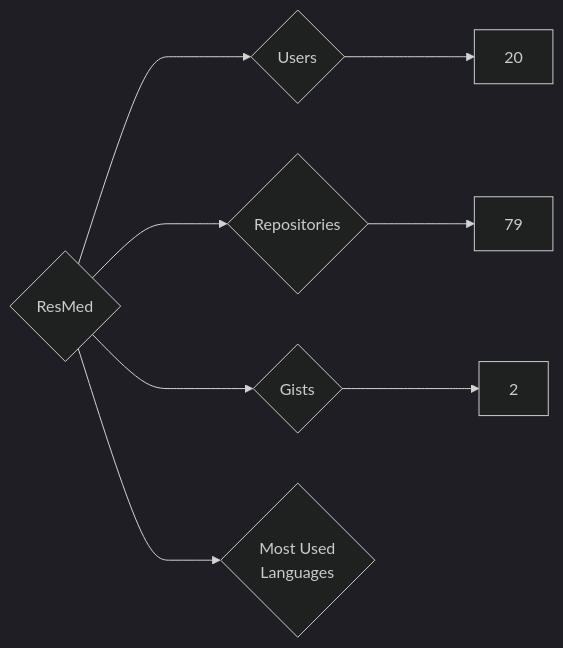
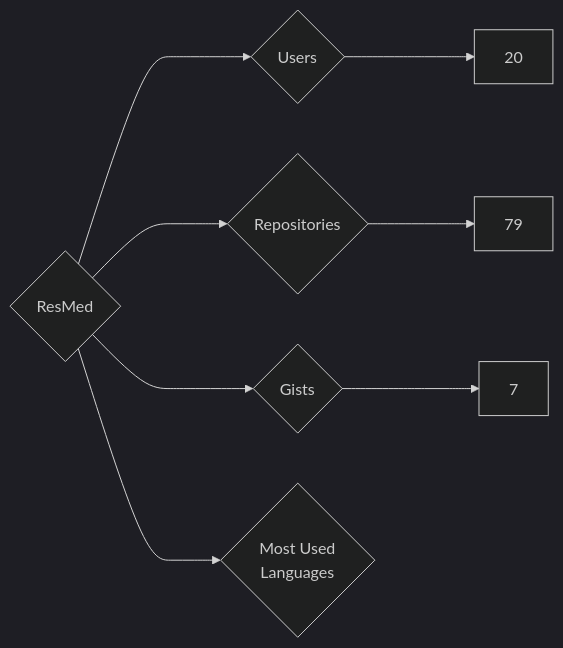
The diagram in targets/ResMed/README.md (nenadzaric/insiders), drawn with Mermaid (dark theme) before and after one commit. The commit also changed 1342 other files, not shown here.

````diff
--- a/targets/ResMed/README.md
+++ b/targets/ResMed/README.md
@@ -3,8 +3,8 @@
 ```mermaid
 graph LR
 COMPANY_NAME{ResMed}
 COMPANY_NAME ---> U{Users} ---> UN[20]
 COMPANY_NAME ---> R{Repositories} ---> RN[79]
-COMPANY_NAME ---> G{Gists} ---> GN[2]
+COMPANY_NAME ---> G{Gists} ---> GN[7]
 COMPANY_NAME ---> ML{Most Used<br>Languages}
 ```
````
